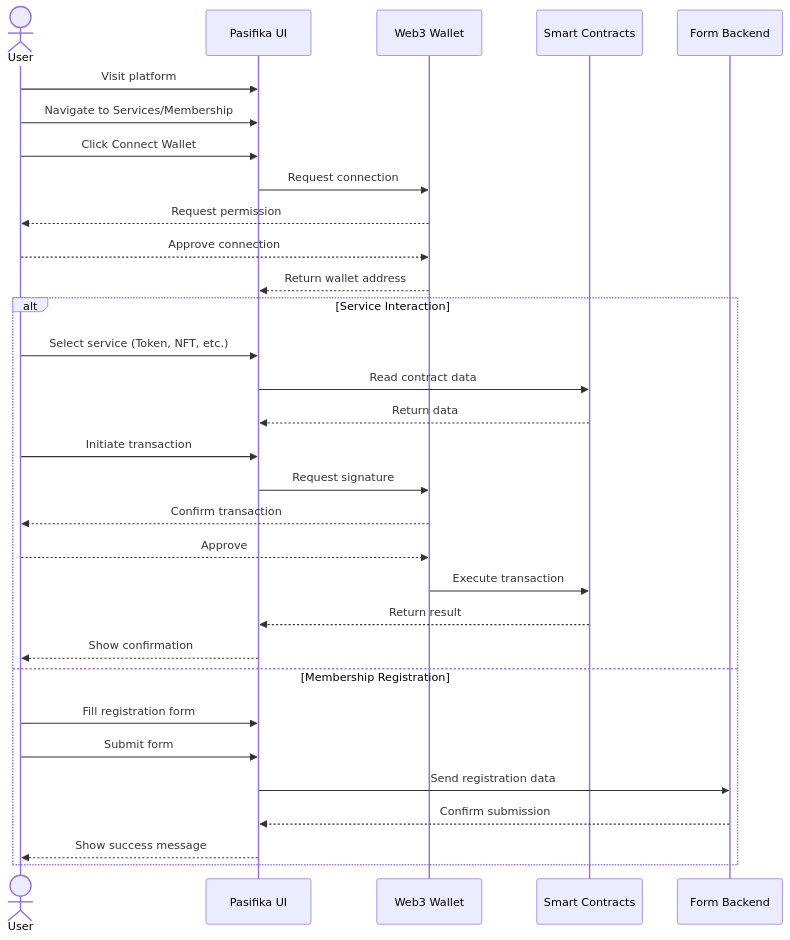
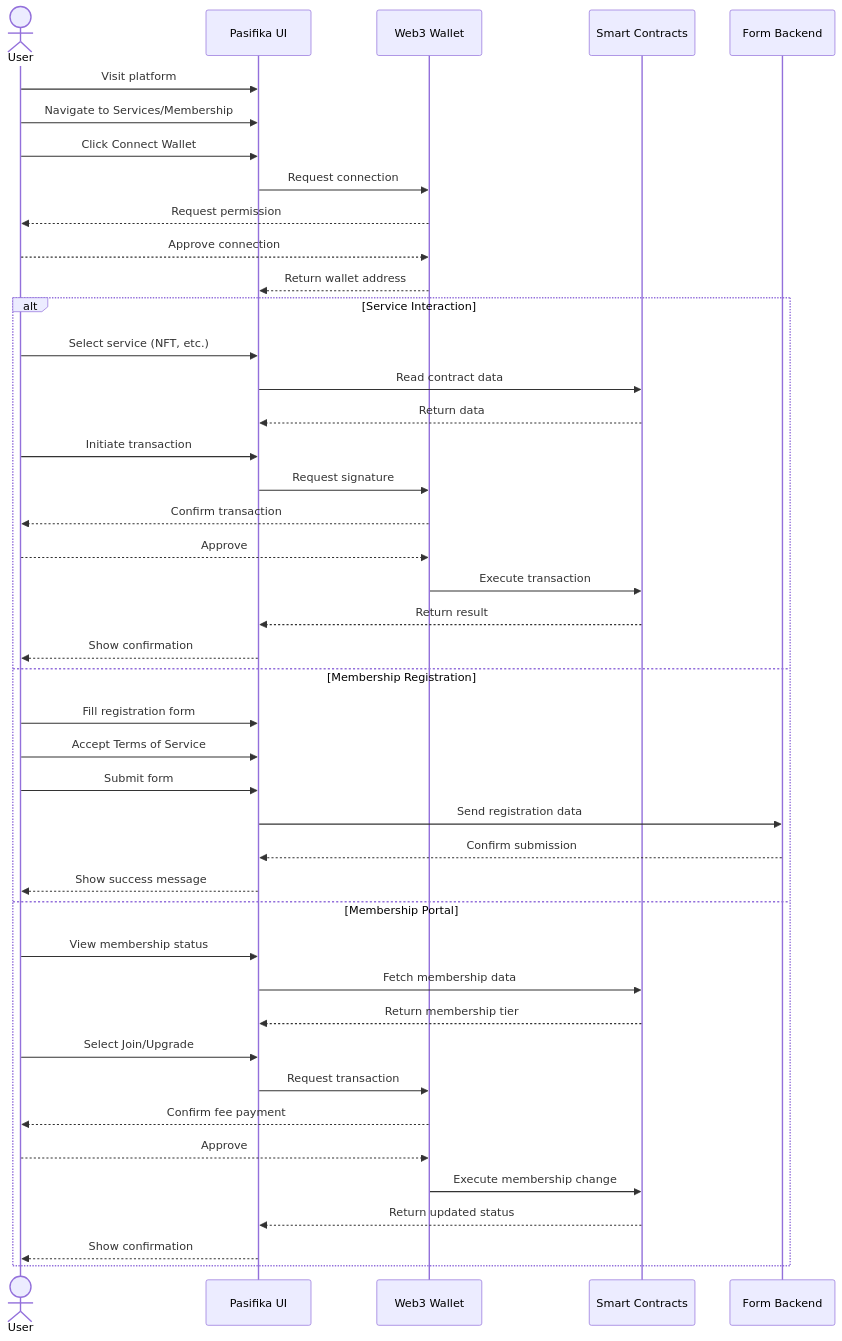
One commit to Pasifika-Web3-Tech-Hub/pasifika-fe changed the second of 2 diagrams in README.md. Above: the diagram before and after it, drawn with Mermaid. The commit also changed other lines of this file and 38 other files, not shown here.

````diff
--- a/README.md
+++ b/README.md
@@ -85,35 +104,47 @@
 ```mermaid
 sequenceDiagram
     actor User
     participant UI as Pasifika UI
     participant Wallet as Web3 Wallet
     participant Contract as Smart Contracts
     participant Form as Form Backend
     
     User->>UI: Visit platform
     User->>UI: Navigate to Services/Membership
     User->>UI: Click Connect Wallet
     UI->>Wallet: Request connection
     Wallet-->>User: Request permission
     User-->>Wallet: Approve connection
     Wallet-->>UI: Return wallet address
     
     alt Service Interaction
-        User->>UI: Select service (Token, NFT, etc.)
+        User->>UI: Select service (NFT, etc.)
         UI->>Contract: Read contract data
         Contract-->>UI: Return data
         User->>UI: Initiate transaction
         UI->>Wallet: Request signature
         Wallet-->>User: Confirm transaction
         User-->>Wallet: Approve
         Wallet->>Contract: Execute transaction
         Contract-->>UI: Return result
         UI-->>User: Show confirmation
     else Membership Registration
         User->>UI: Fill registration form
+        User->>UI: Accept Terms of Service
         User->>UI: Submit form
         UI->>Form: Send registration data
         Form-->>UI: Confirm submission
         UI-->>User: Show success message
+    else Membership Portal
+        User->>UI: View membership status
+        UI->>Contract: Fetch membership data
+        Contract-->>UI: Return membership tier
+        User->>UI: Select Join/Upgrade
+        UI->>Wallet: Request transaction
+        Wallet-->>User: Confirm fee payment
+        User-->>Wallet: Approve
+        Wallet->>Contract: Execute membership change
+        Contract-->>UI: Return updated status
+        UI-->>User: Show confirmation
     end
 ```
````
